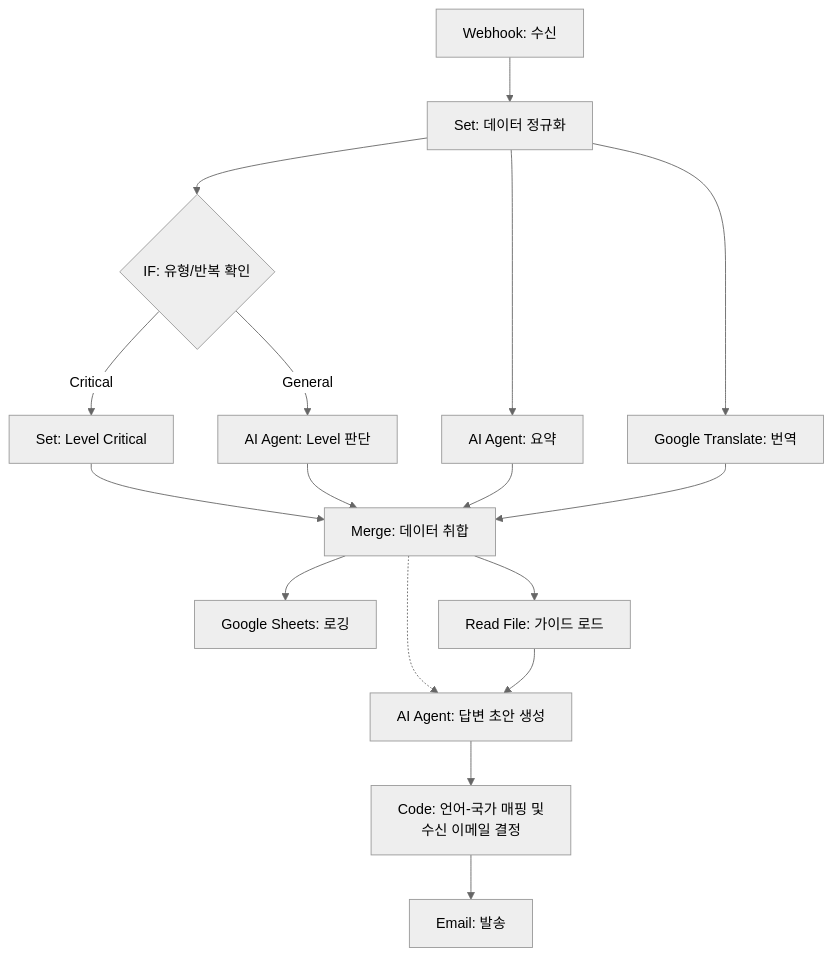
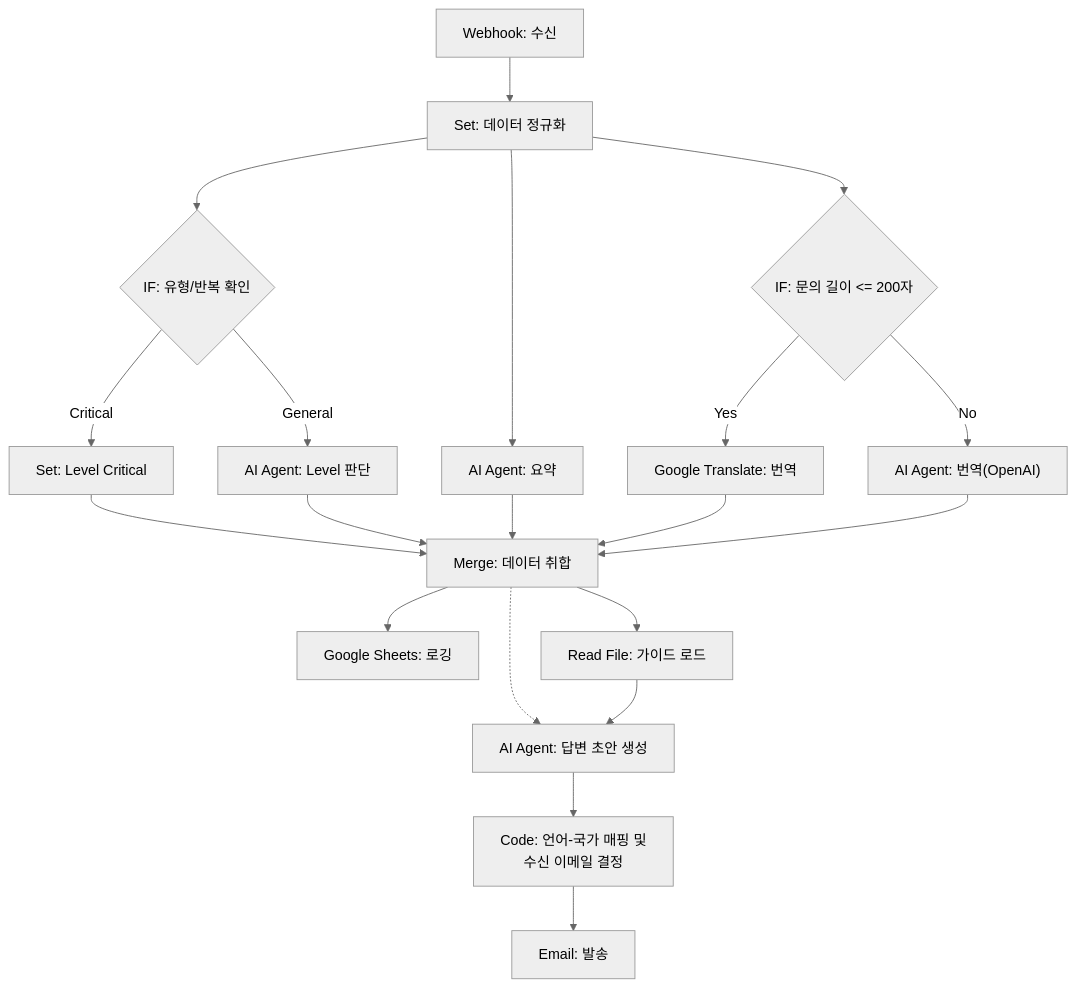
One commit to letsescape/shop-clone-n8n changed the diagram in n8n_data/workflows/workflow.md. Above: the diagram before and after it, drawn with Mermaid (neutral theme). The commit also changed other lines of this file, not shown here.

Commit message:
docs: add AI-based translation for long inquiries
Introduced an OpenAI translation agent for inquiries exceeding 200 characters and updated workflow logic to select between Google Translate and AI translation based on inquiry length. Updated model references to 'gpt-5-mini' and revised documentation to reflect the new translation flow.

````diff
--- a/n8n_data/workflows/workflow.md
+++ b/n8n_data/workflows/workflow.md
@@ -15,27 +15,29 @@
 ```mermaid
 flowchart TD
 %% 1. 수신 및 정규화
     Step1["Webhook: 수신"] --> Norm["Set: 데이터 정규화"]
 %% 2. 3-Track 병렬 분석
     Norm --> Switch_Type{"IF: 유형/반복 확인"}
     Switch_Type -->|" Critical "| Set_Crit["Set: Level Critical"]
     Switch_Type -->|" General "| AI_Level["AI Agent: Level 판단"]
     Norm --> AI_Sum["AI Agent: 요약"]
-    Norm --> Trans["Google Translate: 번역"]
+	    Norm --> Trans_Len{"IF: 문의 길이 <= 200자"}
+	    Trans_Len -->|" Yes "| Trans["Google Translate: 번역"]
+	    Trans_Len -->|" No "| AI_Trans["AI Agent: 번역(OpenAI)"]
 %% 3. 데이터 병합
-    Set_Crit & AI_Level & AI_Sum & Trans --> Merge["Merge: 데이터 취합"]
+	    Set_Crit & AI_Level & AI_Sum & Trans & AI_Trans --> Merge["Merge: 데이터 취합"]
 %% 4. 로깅 (종료)
     Merge --> Log["Google Sheets: 로깅"]
 %% 5. 가이드 로드
     Merge --> Load_File["Read File: 가이드 로드"]
 %% 6. 답변 생성
     Merge -.-> AI_Draft["AI Agent: 답변 초안 생성"]
     Load_File --> AI_Draft
 %% 7. [NEW] 주소 매핑 (Code Node)
 %% 여기서 30개국 매핑 정보를 관리합니다.
     AI_Draft --> Map_Address["Code: 언어-국가 매핑 및<br/>수신 이메일 결정"]
 %% 8. 발송 (단순화됨)
 %% 이미 결정된 이메일 주소로 쏘기만 합니다.
     Map_Address --> Mail_Send["Email: 발송"]
 
 ```
````
